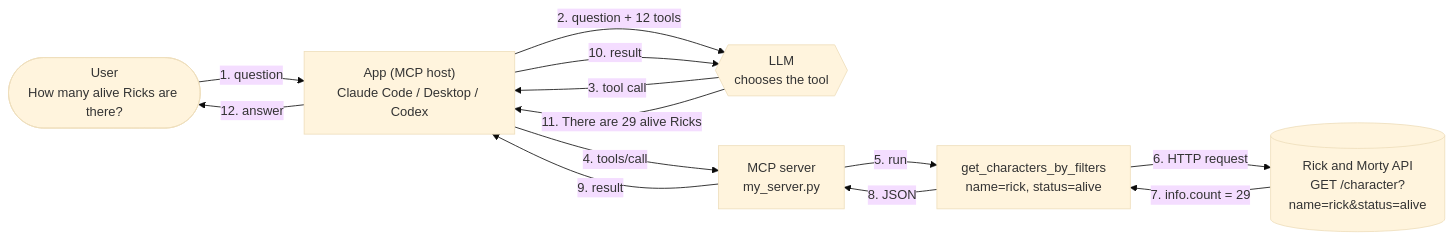
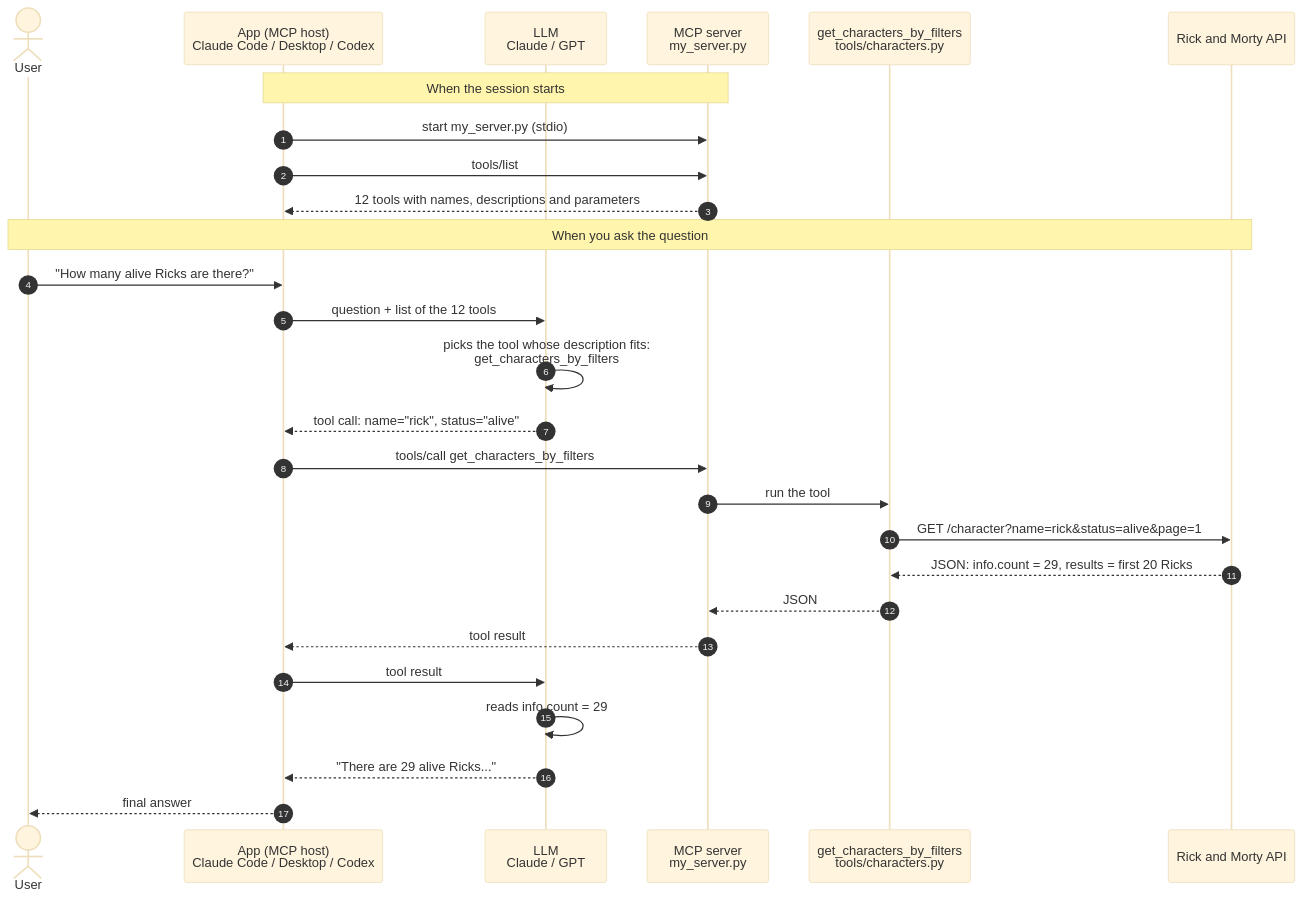
One commit to Luizrebelatto/ai-playground changed the diagram in mcp/mcp-rick-and-morty/README.md. Above: the diagram before and after it, drawn with Mermaid (base theme). The commit also changed other lines of this file, not shown here.

Commit message:
Enhance README with flowchart and query steps
Updated the README to include a detailed flowchart and steps for querying alive Ricks.

````diff
--- a/mcp/mcp-rick-and-morty/README.md
+++ b/mcp/mcp-rick-and-morty/README.md
@@ -10,22 +9,31 @@
 ```mermaid
-flowchart LR
-    user(["User<br/>How many alive Ricks are there?"])
-    app["App (MCP host)<br/>Claude Code / Desktop / Codex"]
-    llm{{"LLM<br/>chooses the tool"}}
-    server["MCP server<br/>my_server.py"]
-    tool["get_characters_by_filters<br/>name=rick, status=alive"]
-    api[("Rick and Morty API<br/>GET /character?name=rick&status=alive")]
+sequenceDiagram
+    autonumber
+    actor User
+    participant App as App (MCP host)<br/>Claude Code / Desktop / Codex
+    participant LLM as LLM<br/>Claude / GPT
+    participant Server as MCP server<br/>my_server.py
+    participant Tool as get_characters_by_filters<br/>tools/characters.py
+    participant API as Rick and Morty API
 
-    user -->|1. question| app
-    app -->|2. question + 12 tools| llm
-    llm -->|3. tool call| app
-    app -->|4. tools/call| server
-    server -->|5. run| tool
-    tool -->|6. HTTP request| api
-    api -->|7. info.count = 29| tool
-    tool -->|8. JSON| server
-    server -->|9. result| app
-    app -->|10. result| llm
-    llm -->|11. There are 29 alive Ricks| app
-    app -->|12. answer| user
+    Note over App,Server: When the session starts
+    App->>Server: start my_server.py (stdio)
+    App->>Server: tools/list
+    Server-->>App: 12 tools with names, descriptions and parameters
+
+    Note over User,API: When you ask the question
+    User->>App: "How many alive Ricks are there?"
+    App->>LLM: question + list of the 12 tools
+    LLM->>LLM: picks the tool whose description fits:<br/>get_characters_by_filters
+    LLM-->>App: tool call: name="rick", status="alive"
+    App->>Server: tools/call get_characters_by_filters
+    Server->>Tool: run the tool
+    Tool->>API: GET /character?name=rick&status=alive&page=1
+    API-->>Tool: JSON: info.count = 29, results = first 20 Ricks
+    Tool-->>Server: JSON
+    Server-->>App: tool result
+    App->>LLM: tool result
+    LLM->>LLM: reads info.count = 29
+    LLM-->>App: "There are 29 alive Ricks..."
+    App-->>User: final answer
 ```
````
